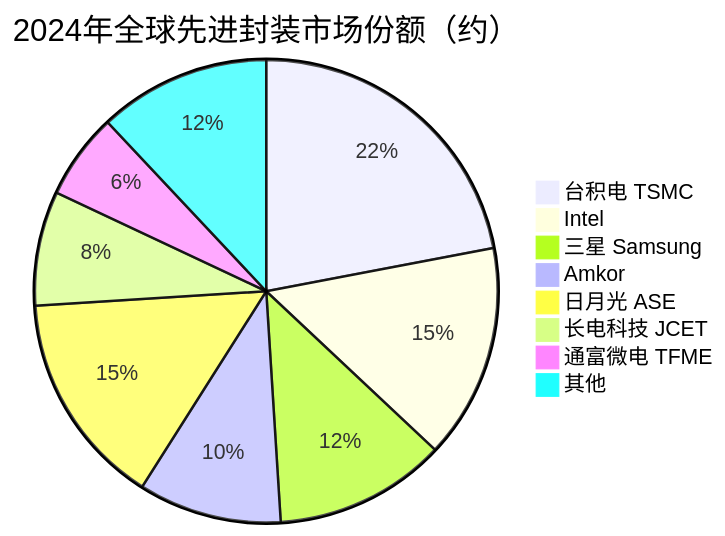
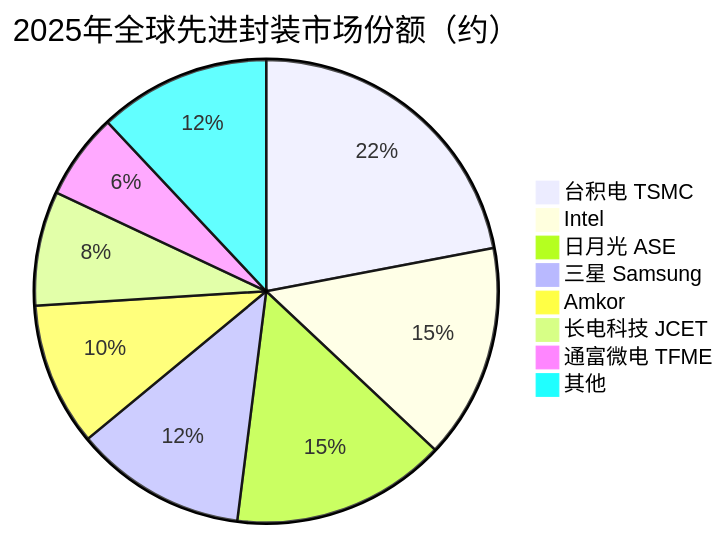
Before and after one commit to blueprint1453/industry-insight: the third of 3 diagrams in AI产业链/中游/封装测试/先进封装.md, drawn with Mermaid. The commit also changed other lines of this file and 78 other files, not shown here.

````diff
--- a/AI产业链/中游/封装测试/先进封装.md
+++ b/AI产业链/中游/封装测试/先进封装.md
@@ -117,11 +117,11 @@
 ```mermaid
-pie title 2024年全球先进封装市场份额（约）
+pie title 2025年全球先进封装市场份额（约）
     "台积电 TSMC" : 22
     "Intel" : 15
+    "日月光 ASE" : 15
     "三星 Samsung" : 12
     "Amkor" : 10
-    "日月光 ASE" : 15
     "长电科技 JCET" : 8
     "通富微电 TFME" : 6
     "其他" : 12
 ```
````
